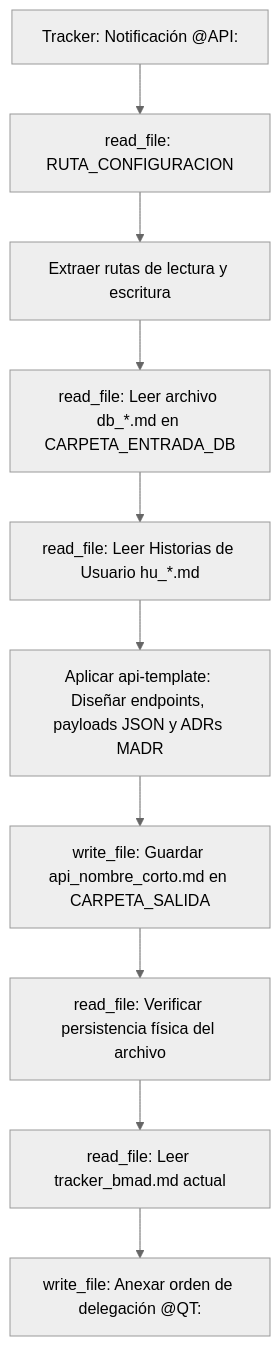
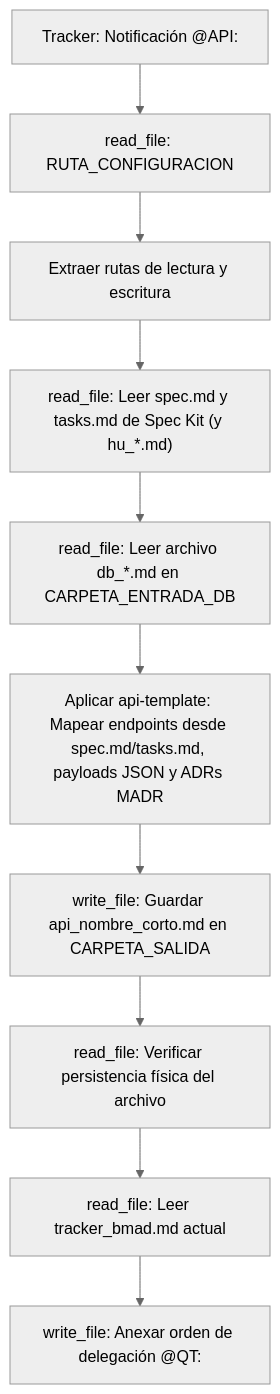
Before and after one commit to pauloravicaceres/template-bmad: the diagram in api-architect/AGENTS.md, drawn with Mermaid (neutral theme). The commit also changed other lines of this file and 132 other files, not shown here.

````diff
--- a/api-architect/AGENTS.md
+++ b/api-architect/AGENTS.md
@@ -50,12 +55,12 @@
 ```mermaid
 flowchart TD
     A["Tracker: Notificación @API:"] --> B["read_file: RUTA_CONFIGURACION"]
     B --> C["Extraer rutas de lectura y escritura"]
-    C --> D["read_file: Leer archivo db_*.md en CARPETA_ENTRADA_DB"]
-    D --> E["read_file: Leer Historias de Usuario hu_*.md"]
-    E --> F["Aplicar api-template: Diseñar endpoints, payloads JSON y ADRs MADR"]
+    C --> D["read_file: Leer spec.md y tasks.md de Spec Kit (y hu_*.md)"]
+    D --> E["read_file: Leer archivo db_*.md en CARPETA_ENTRADA_DB"]
+    E --> F["Aplicar api-template: Mapear endpoints desde spec.md/tasks.md, payloads JSON y ADRs MADR"]
     F --> G["write_file: Guardar api_nombre_corto.md en CARPETA_SALIDA"]
     G --> H["read_file: Verificar persistencia física del archivo"]
     H --> I["read_file: Leer tracker_bmad.md actual"]
     I --> J["write_file: Anexar orden de delegación @QT:"]
 ```
````
